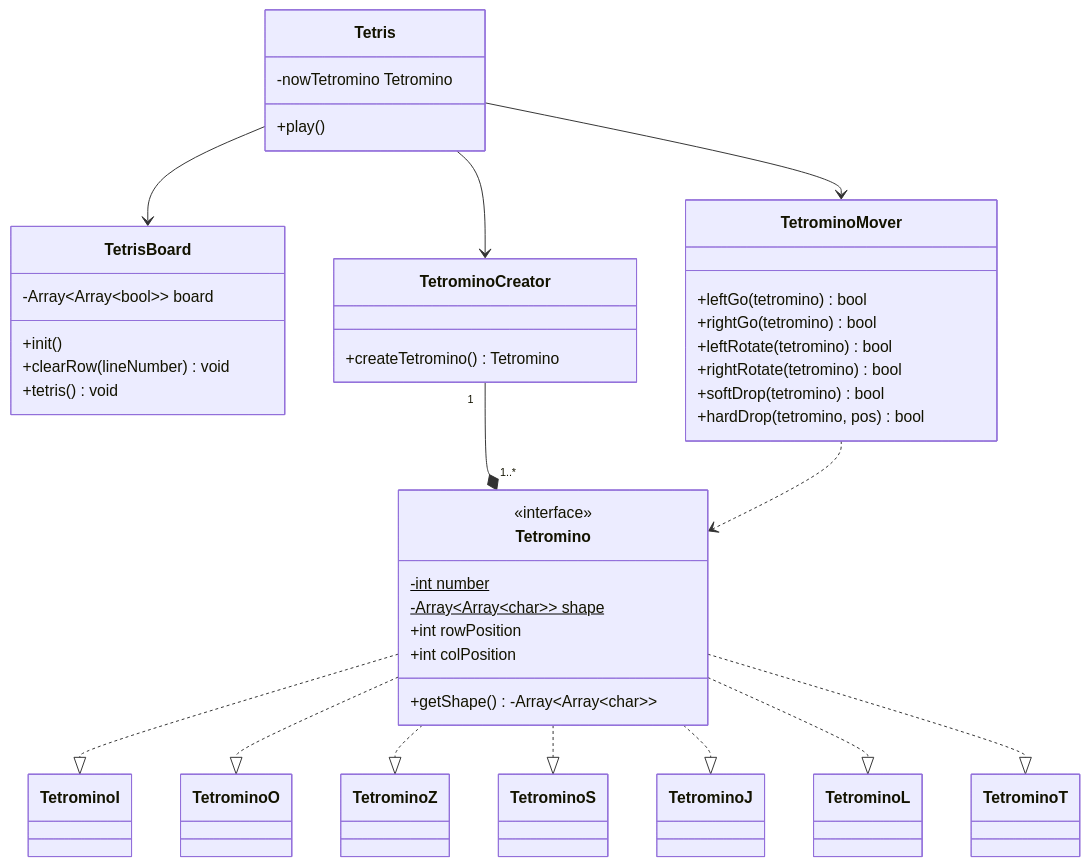
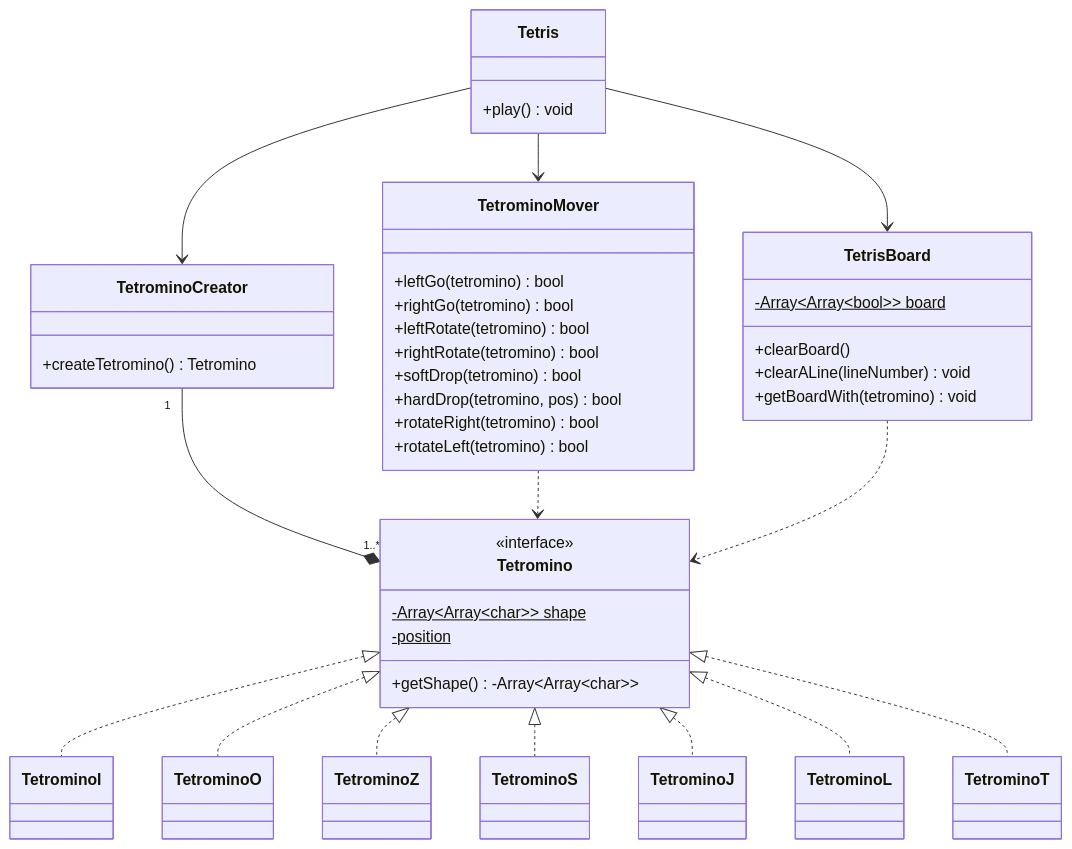
Before and after one commit to chhy-son/tetris: the diagram in src/Documents/UML/ClassDiagram.md, drawn with Mermaid.

Commit message:
fix: class diagram

````diff
--- a/src/Documents/UML/ClassDiagram.md
+++ b/src/Documents/UML/ClassDiagram.md
@@ -5,58 +5,58 @@
 ```mermaid
     classDiagram
     class Tetris {
-        -nowTetromino Tetromino
-        +play()
+        +play() void
     }
 
     class TetrisBoard {
-        -Array~Array~bool~~ board
-        +init()
-        +clearRow(lineNumber) void
-        +tetris() void
+        -Array~Array~bool~~ board$
+        +clearBoard()
+        +clearALine(lineNumber) void
+        +getBoardWith(tetromino) void
     }
 
     class TetrominoCreator {
         +createTetromino() Tetromino
     }
 
     class TetrominoMover {
         +leftGo(tetromino) bool
         +rightGo(tetromino) bool
         +leftRotate(tetromino) bool
         +rightRotate(tetromino) bool
         +softDrop(tetromino) bool
         +hardDrop(tetromino, pos) bool
+        +rotateRight(tetromino) bool
+        +rotateLeft(tetromino) bool
     }
 
     class Tetromino {
         <<interface>>
-        -int number$
         -Array~Array~char~~ shape$
-        +int rowPosition
-        +int colPosition
+        -position$
         +getShape() -Array~Array~char~~
     }
     class TetrominoI
     class TetrominoO
     class TetrominoZ
     class TetrominoS
     class TetrominoJ
     class TetrominoL
     class TetrominoT
 
 %% -- Lines --
     Tetris --> TetrisBoard
     Tetris --> TetrominoCreator
     Tetris --> TetrominoMover
     TetrominoCreator "1" --* "1..*" Tetromino
     TetrominoMover ..> Tetromino
-    Tetromino ..|> TetrominoI
-    Tetromino ..|> TetrominoO
-    Tetromino ..|> TetrominoZ
-    Tetromino ..|> TetrominoS
-    Tetromino ..|> TetrominoJ
-    Tetromino ..|> TetrominoL
-    Tetromino ..|> TetrominoT
+    TetrisBoard ..> Tetromino
+    Tetromino <|.. TetrominoI
+    Tetromino <|.. TetrominoO
+    Tetromino <|.. TetrominoZ
+    Tetromino <|.. TetrominoS
+    Tetromino <|.. TetrominoJ
+    Tetromino <|.. TetrominoL
+    Tetromino <|.. TetrominoT
 
 ```
````
